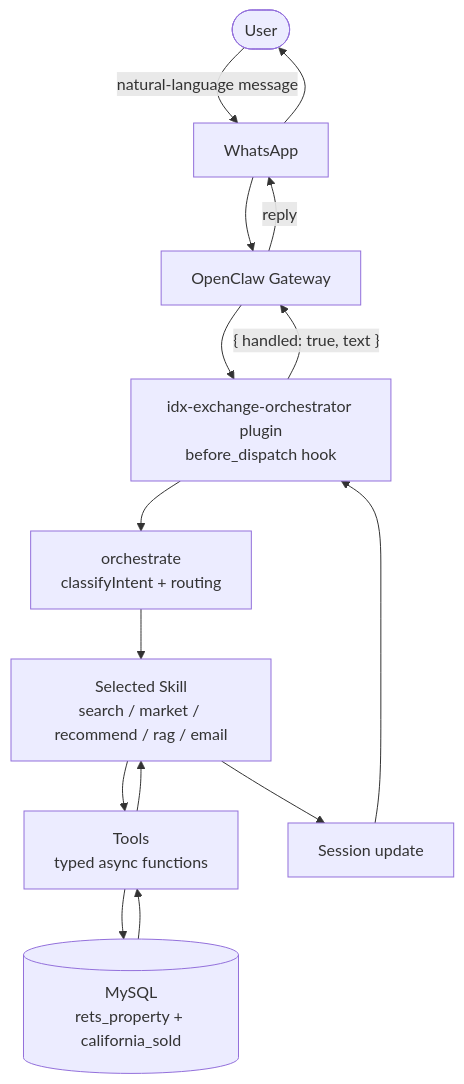
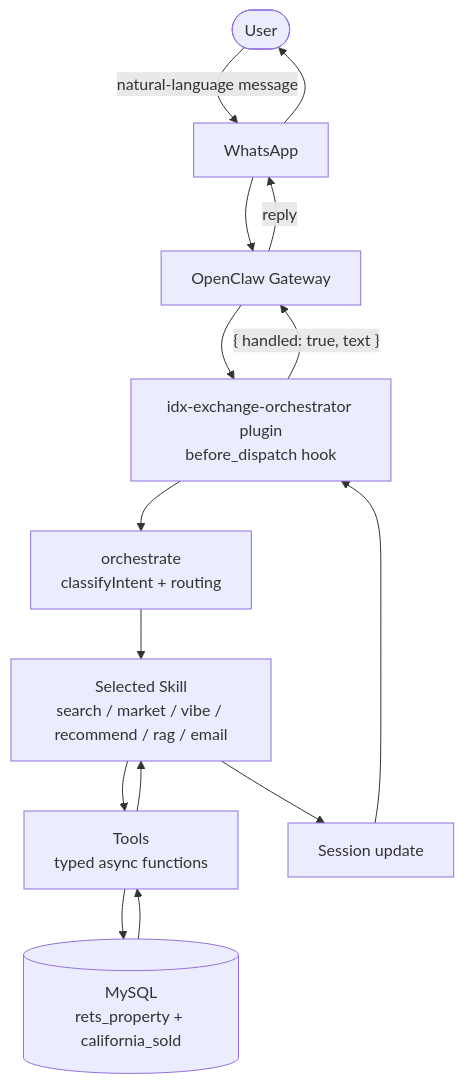
The second of 2 diagrams in docs/architecture.md (Di-123-Di/OpenClaw-Based-Multi-Agent), drawn with Mermaid before and after one commit. The commit also changed other lines of this file and 9 other files, not shown here.

First line of the commit message:
Wire semantic search into the orchestrator as a new vibe intent

````diff
--- a/docs/architecture.md
+++ b/docs/architecture.md
@@ -134,17 +141,17 @@
 ```mermaid
 flowchart TD
     U([User]) -->|"natural-language message"| CH[WhatsApp]
     CH --> GW[OpenClaw Gateway]
     GW --> PL[idx-exchange-orchestrator plugin<br/>before_dispatch hook]
     PL --> OR[orchestrate<br/>classifyIntent + routing]
-    OR --> SK[Selected Skill<br/>search / market / recommend / rag / email]
+    OR --> SK[Selected Skill<br/>search / market / vibe / recommend / rag / email]
     SK --> TL[Tools<br/>typed async functions]
     TL --> DB[(MySQL<br/>rets_property + california_sold)]
     DB --> TL
     TL --> SK
     SK --> MEM[Session update]
     MEM --> PL
     PL -->|"{ handled: true, text }"| GW
     GW -->|"reply"| CH
     CH --> U
 ```
````
